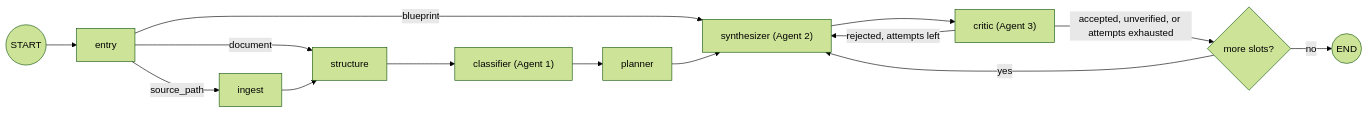
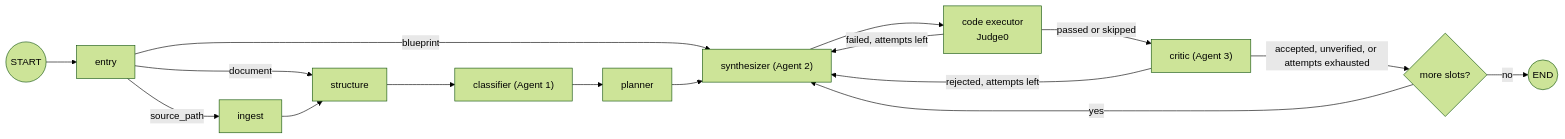
One commit to Hi-kue/exygen changed the diagram in apps/agent/README.md. Above: the diagram before and after it, drawn with Mermaid (forest theme). The commit also changed other lines of this file and 31 other files, not shown here.

````diff
--- a/apps/agent/README.md
+++ b/apps/agent/README.md
@@ -18,16 +18,18 @@
 ```mermaid
 flowchart LR
     Start((START)) --> Entry["entry"]
     Entry -->|"source_path"| Ingest["ingest"]
     Entry -->|"document"| Structure["structure"]
     Entry -->|"blueprint"| Synth
     Ingest --> Structure
     Structure --> Classifier["classifier (Agent 1)"]
     Classifier --> Planner["planner"]
     Planner --> Synth["synthesizer (Agent 2)"]
-    Synth --> Critic["critic (Agent 3)"]
+    Synth --> Exec["code executor<br/>Judge0"]
+    Exec -->|"passed or skipped"| Critic["critic (Agent 3)"]
+    Exec -->|"failed, attempts left"| Synth
     Critic -->|"rejected, attempts left"| Synth
     Critic -->|"accepted, unverified, or attempts exhausted"| NextSlot{"more slots?"}
     NextSlot -->|"yes"| Synth
     NextSlot -->|"no"| End((END))
 ```
````
